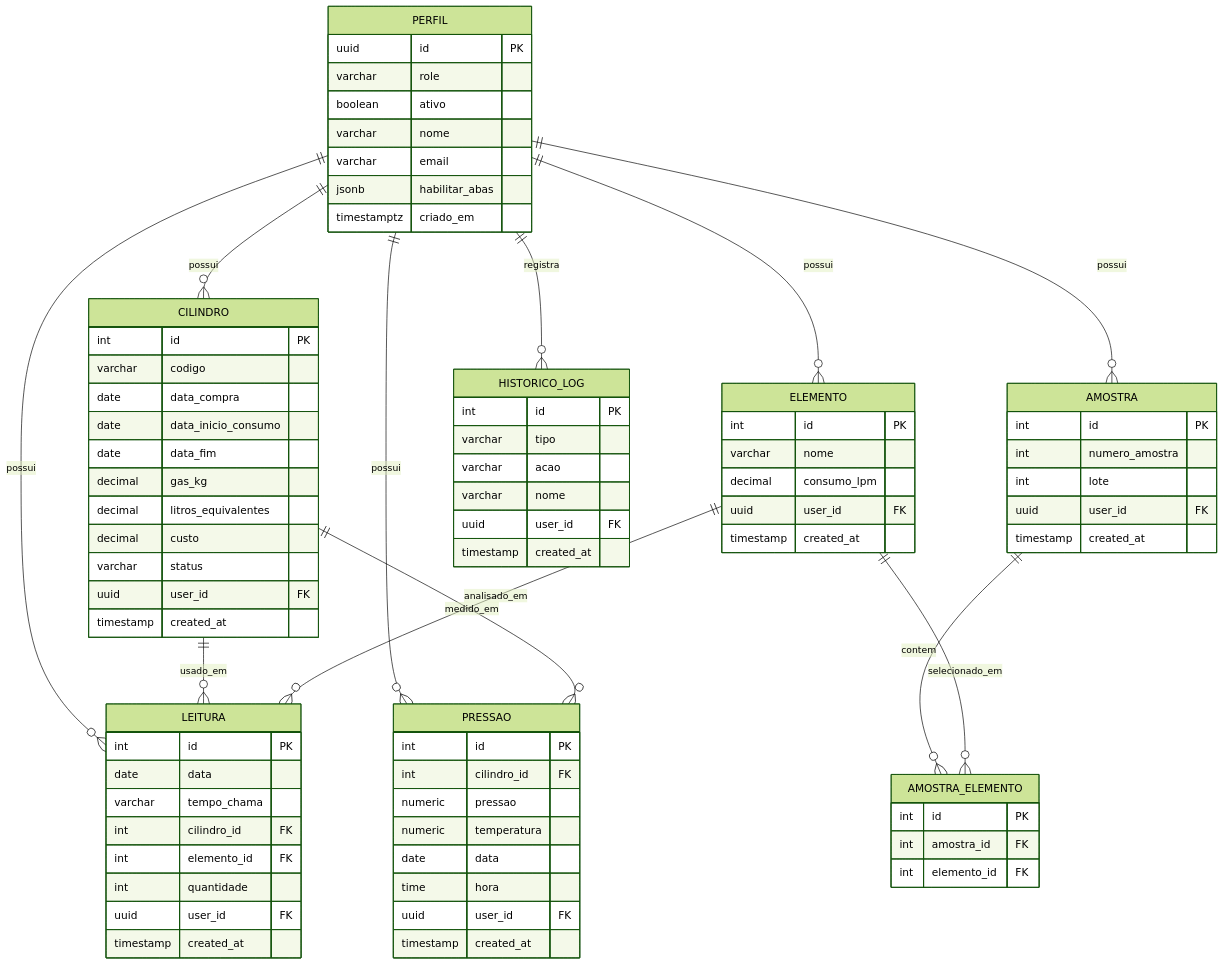
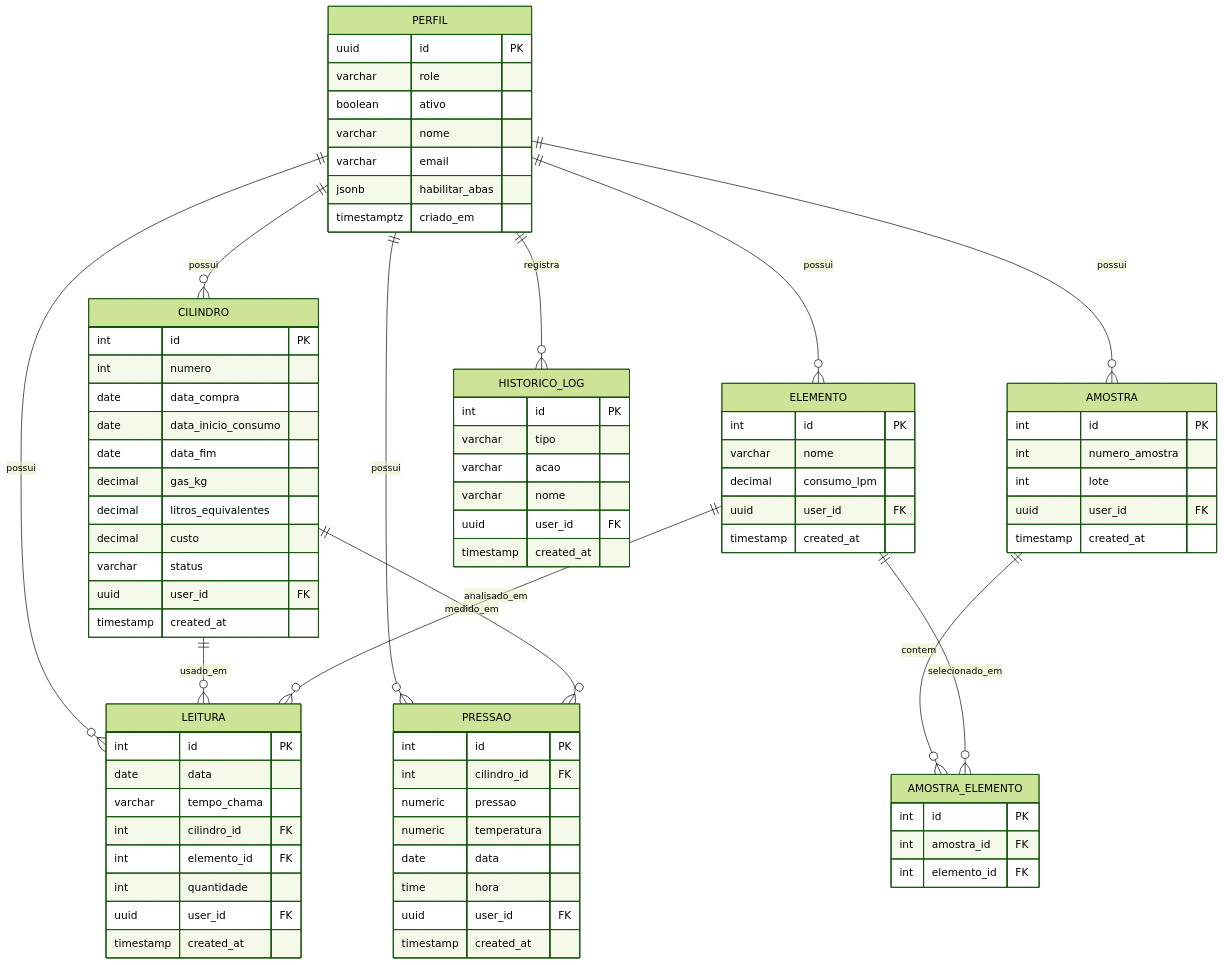
One commit to cavalcanteprofissional/labgas-manager changed the first of 2 diagrams in database/DIAGRAM.MD. Above: the diagram before and after it, drawn with Mermaid (forest theme). The commit also changed other lines of this file and 36 other files, not shown here.

```diff
--- a/database/DIAGRAM.MD
+++ b/database/DIAGRAM.MD
@@ -29,7 +29,7 @@
 
     CILINDRO {
         int id PK
-        varchar codigo
+        int numero
         date data_compra
         date data_inicio_consumo
         date data_fim
```
